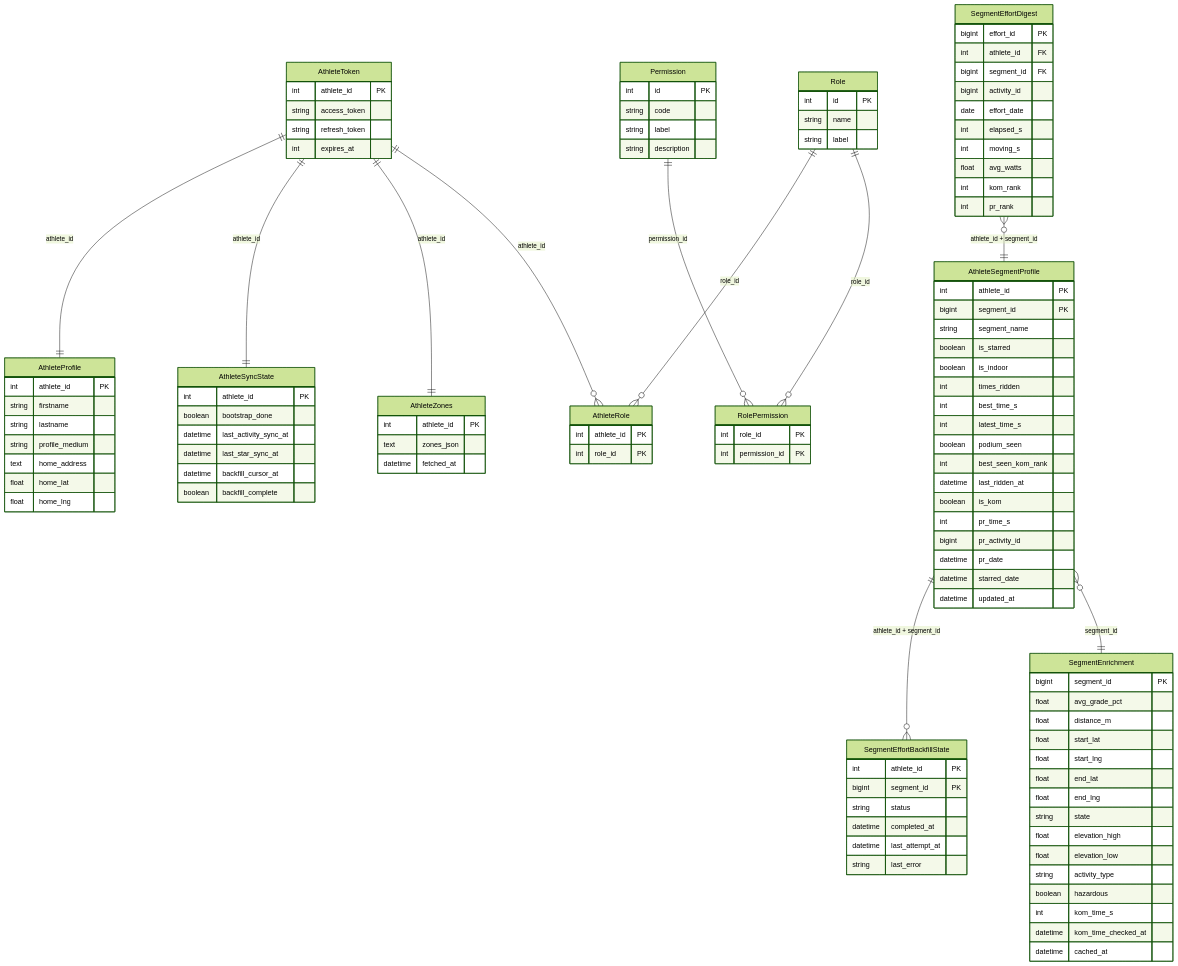
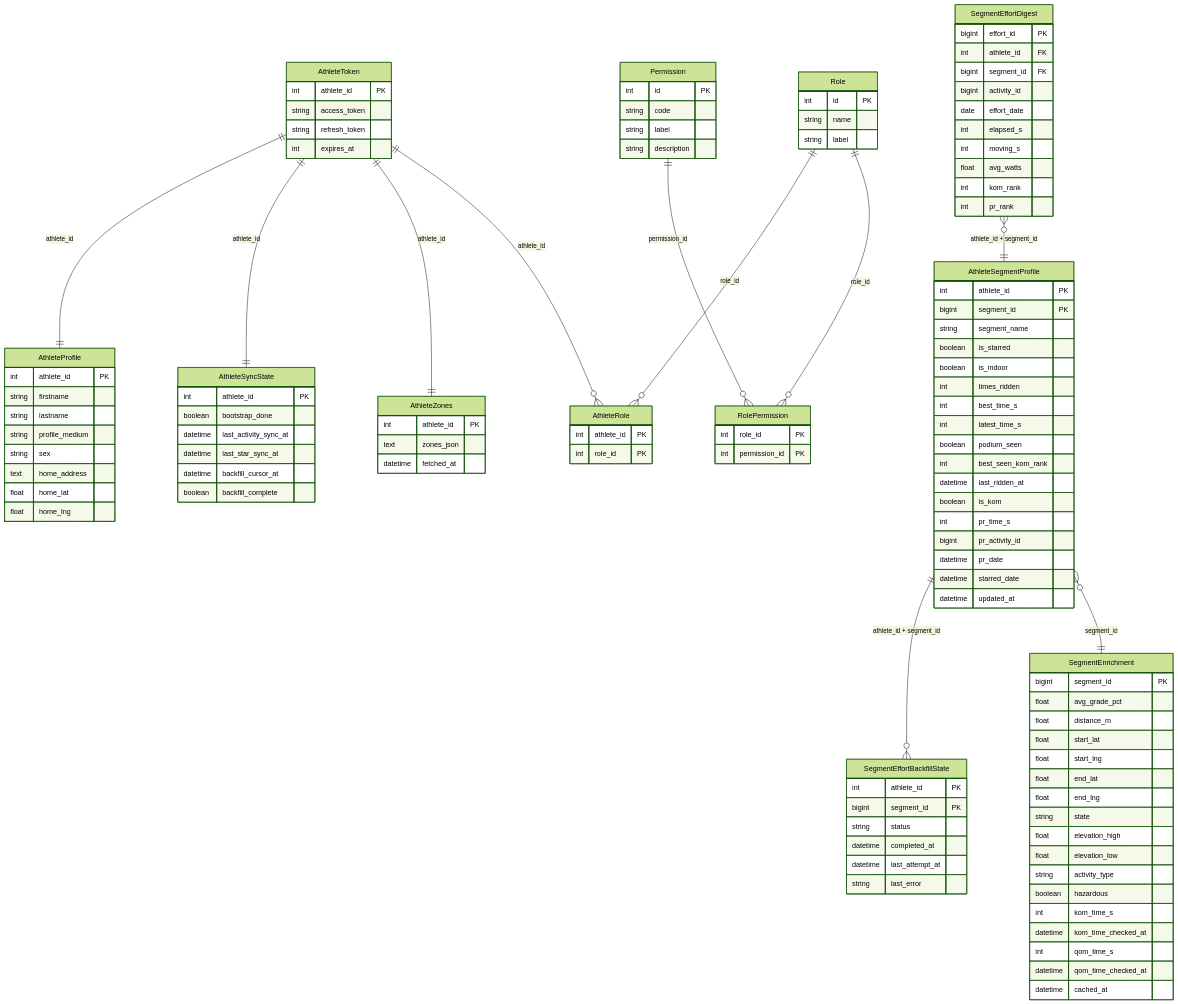
One commit to mazoo/training-tools changed the diagram in docs/DATA_MODELS.md. Above: the diagram before and after it, drawn with Mermaid (forest theme). The commit also changed other lines of this file and 19 other files, not shown here.

```diff
--- a/docs/DATA_MODELS.md
+++ b/docs/DATA_MODELS.md
@@ -215,6 +218,7 @@
         string firstname
         string lastname
         string profile_medium
+        string sex
         text home_address
         float home_lat
         float home_lng
@@ -305,6 +309,8 @@
         boolean hazardous
         int kom_time_s
         datetime kom_time_checked_at
+        int qom_time_s
+        datetime qom_time_checked_at
         datetime cached_at
     }
 
```
